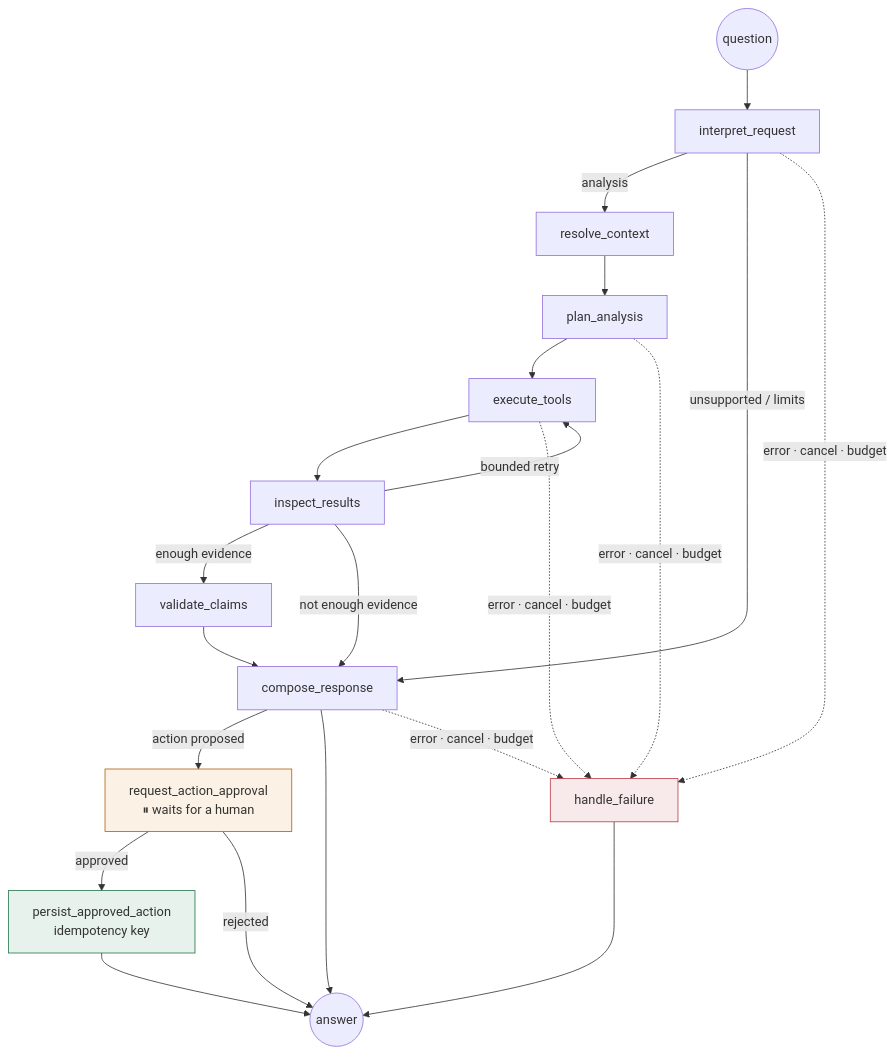
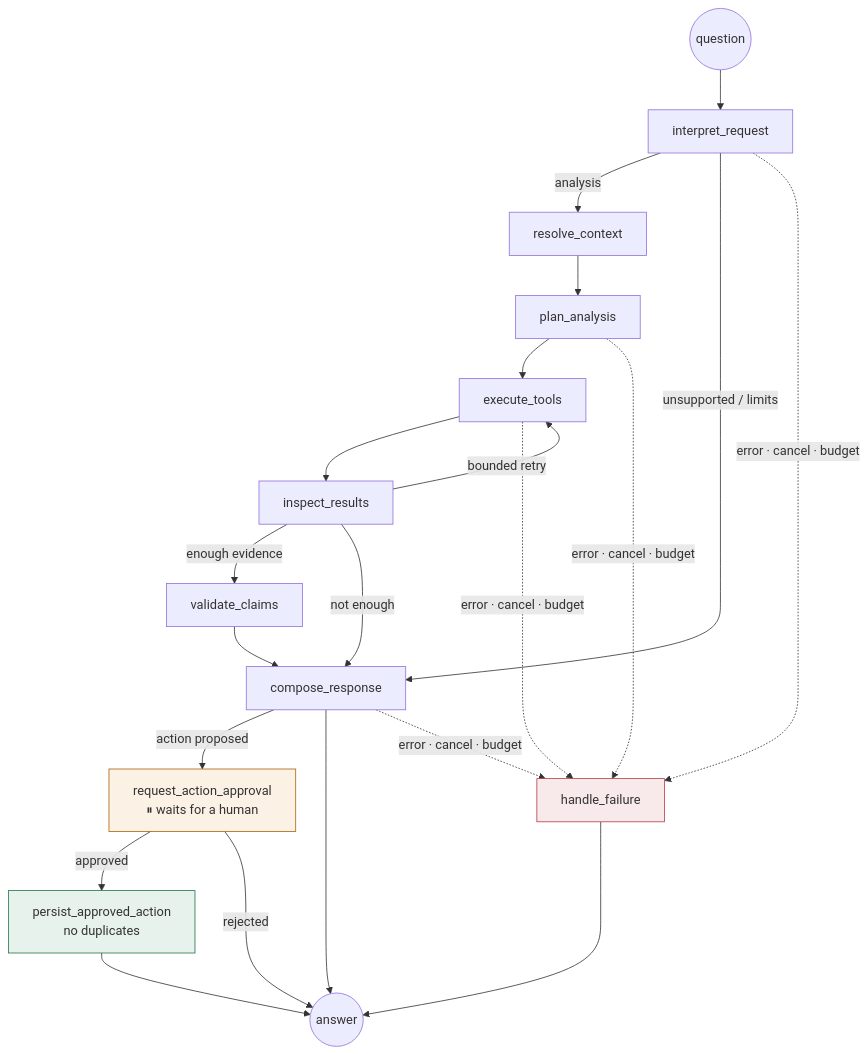
One commit to florina787/Data-sets changed the diagram in convolens/README.md. Above: the diagram before and after it, drawn with Mermaid. The commit also changed other lines of this file and 6 other files, not shown here.

First line of the commit message:
README rewrite: Gemini free-tier labelling results on real data, before/after chart and screenshots

````diff
--- a/convolens/README.md
+++ b/convolens/README.md
@@ -195,22 +144,22 @@
 ```mermaid
 flowchart TD
   S((question)) --> I[interpret_request]
   I -->|analysis| R[resolve_context]
   I -->|unsupported / limits| C[compose_response]
   R --> P[plan_analysis]
   P --> E[execute_tools]
   E --> N[inspect_results]
   N -->|bounded retry| E
   N -->|enough evidence| V[validate_claims]
-  N -->|not enough evidence| C
+  N -->|not enough| C
   V --> C
   C -->|action proposed| A["request_action_approval<br/>⏸ waits for a human"]
   C --> X((answer))
-  A -->|approved| W["persist_approved_action<br/>idempotency key"]
+  A -->|approved| W["persist_approved_action<br/>no duplicates"]
   A -->|rejected| X
   W --> X
   I & P & E & C -.->|error · cancel · budget| F[handle_failure] --> X
   style A fill:#FBF1E4,stroke:#A96308
   style W fill:#E6F2EB,stroke:#24734B
   style F fill:#F8E9EA,stroke:#B83D45
 ```
````
